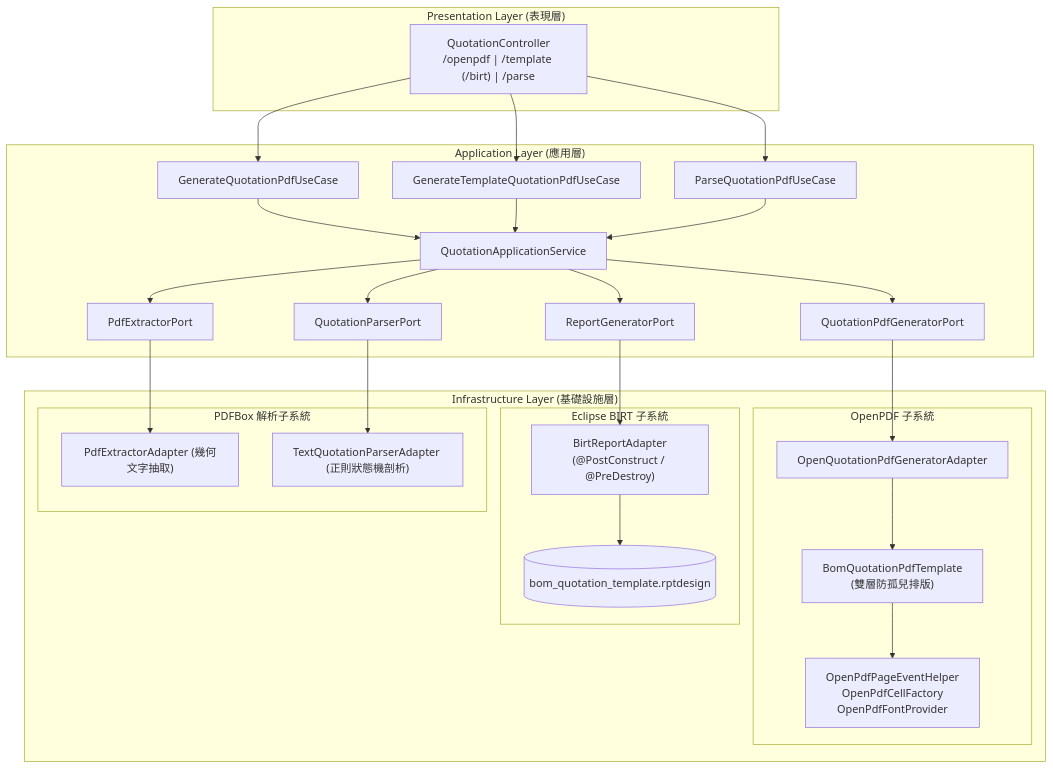
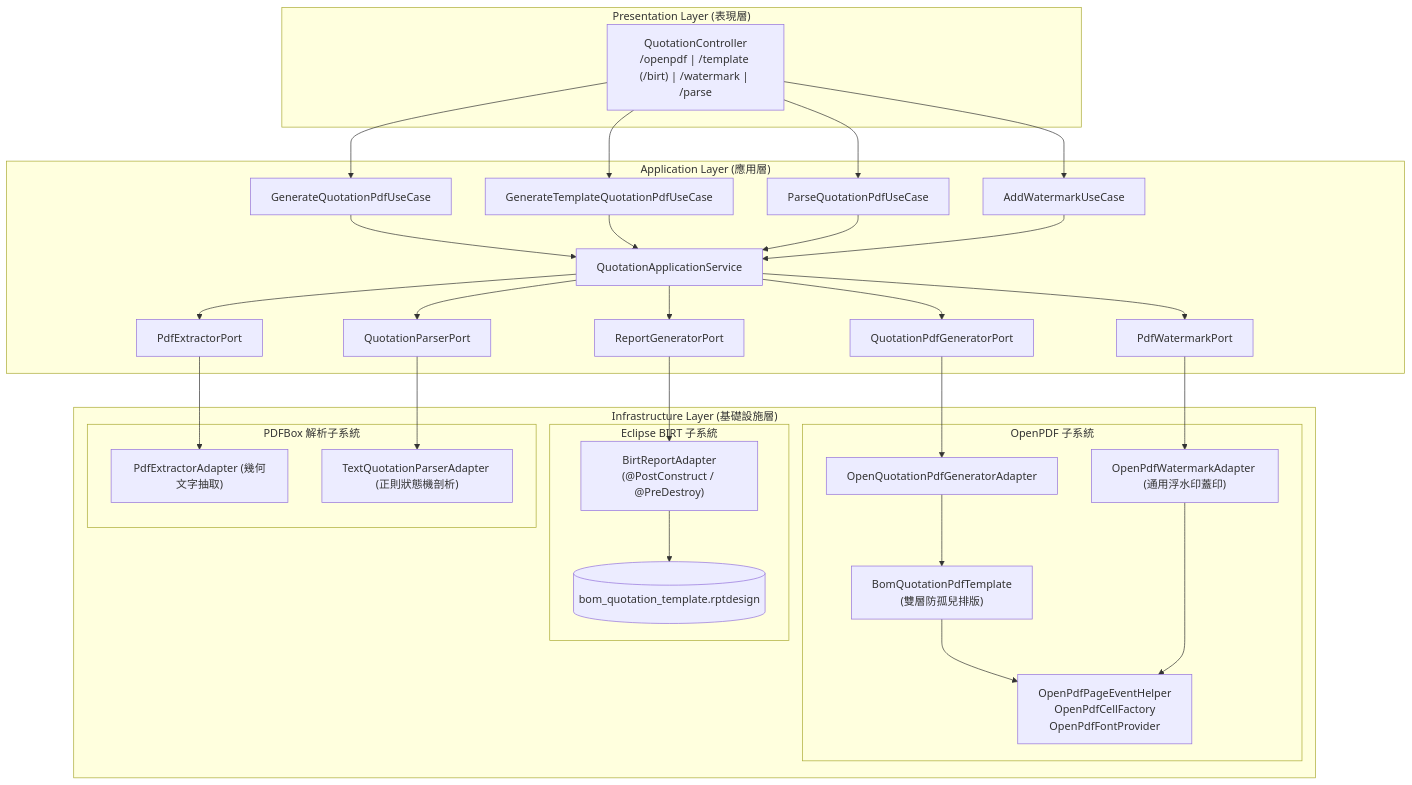
One commit to nick54785478/pdf-module changed the diagram in doc/design/README.md. Above: the diagram before and after it, drawn with Mermaid. The commit also changed 13 other files, not shown here.

First line of the commit message:
feat: add PDF watermark stamping feature via Port-Adapter architecture

````diff
--- a/doc/design/README.md
+++ b/doc/design/README.md
@@ -47,43 +47,47 @@
 ```mermaid
 flowchart TD
     subgraph Presentation ["Presentation Layer (表現層)"]
-        Controller["QuotationController<br/>/openpdf | /template (/birt) | /parse"]
+        Controller["QuotationController<br/>/openpdf | /template (/birt) | /watermark | /parse"]
     end
 
     subgraph Application ["Application Layer (應用層)"]
         InPort1["GenerateQuotationPdfUseCase"]
         InPort2["GenerateTemplateQuotationPdfUseCase"]
         InPort3["ParseQuotationPdfUseCase"]
+        InPort4["AddWatermarkUseCase"]
         AppService["QuotationApplicationService"]
         OutPort1["QuotationPdfGeneratorPort"]
         OutPort2["ReportGeneratorPort"]
         OutPort3["PdfExtractorPort"]
         OutPort4["QuotationParserPort"]
+        OutPort5["PdfWatermarkPort"]
     end
 
     subgraph Infrastructure ["Infrastructure Layer (基礎設施層)"]
         subgraph OpenPDF_Subsystem ["OpenPDF 子系統"]
             Adapter1["OpenQuotationPdfGeneratorAdapter"]
+            Adapter5["OpenPdfWatermarkAdapter (通用浮水印蓋印)"]
             Template1["BomQuotationPdfTemplate<br/>(雙層防孤兒排版)"]
             Core1["OpenPdfPageEventHelper<br/>OpenPdfCellFactory<br/>OpenPdfFontProvider"]
         end
 
         subgraph BIRT_Subsystem ["Eclipse BIRT 子系統"]
             Adapter2["BirtReportAdapter<br/>(@PostConstruct / @PreDestroy)"]
             RptFile[("bom_quotation_template.rptdesign")]
         end
 
         subgraph PDFBox_Subsystem ["PDFBox 解析子系統"]
             Adapter3["PdfExtractorAdapter (幾何文字抽取)"]
             Adapter4["TextQuotationParserAdapter (正則狀態機剖析)"]
         end
     end
 
-    Controller --> InPort1 & InPort2 & InPort3
-    InPort1 & InPort2 & InPort3 --> AppService
-    AppService --> OutPort1 & OutPort2 & OutPort3 & OutPort4
+    Controller --> InPort1 & InPort2 & InPort3 & InPort4
+    InPort1 & InPort2 & InPort3 & InPort4 --> AppService
+    AppService --> OutPort1 & OutPort2 & OutPort3 & OutPort4 & OutPort5
     OutPort1 --> Adapter1 --> Template1 --> Core1
+    OutPort5 --> Adapter5 --> Core1
     OutPort2 --> Adapter2 --> RptFile
     OutPort3 --> Adapter3
     OutPort4 --> Adapter4
 ```
````
